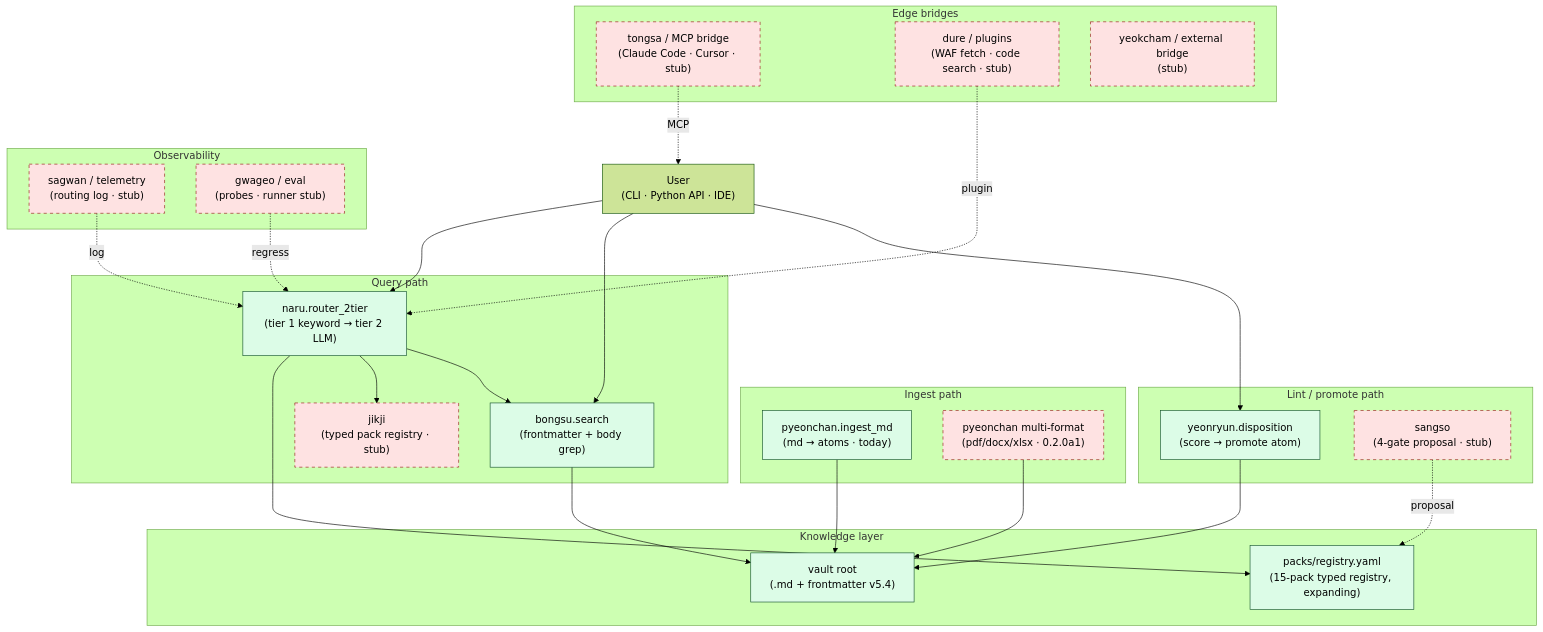
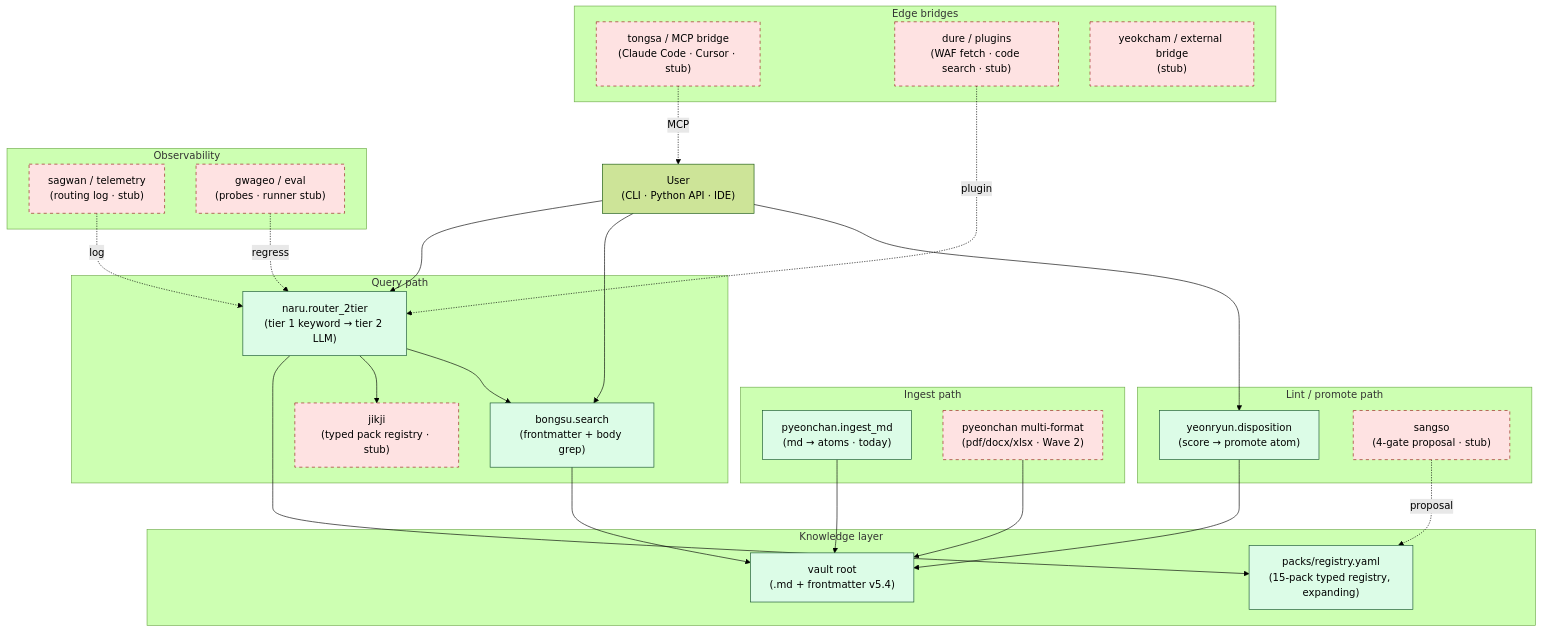
Before and after one commit to sillok-os/sillok: the second of 2 diagrams in README.md, drawn with Mermaid (forest theme). The commit also changed other lines of this file, not shown here.

Commit message:
[docs] README current-version sweep — 0.1.0a5/0.2.0a1 stale refs → 0.2.0a3 + Wave 1 complete (#16)

````diff
--- a/README.md
+++ b/README.md
@@ -84,57 +84,57 @@
 ```mermaid
 flowchart TB
     subgraph CORPUS["Knowledge layer"]
         VAULTROOT["vault root<br/>(.md + frontmatter v5.4)"]
         REGISTRY["packs/registry.yaml<br/>(15-pack typed registry, expanding)"]
     end
 
     subgraph INGEST["Ingest path"]
         PYEON["pyeonchan.ingest_md<br/>(md → atoms · today)"]
-        PYEON_F["pyeonchan multi-format<br/>(pdf/docx/xlsx · 0.2.0a1)"]
+        PYEON_F["pyeonchan multi-format<br/>(pdf/docx/xlsx · Wave 2)"]
     end
 
     subgraph QUERY["Query path"]
         BONGSU["bongsu.search<br/>(frontmatter + body grep)"]
         NARU["naru.router_2tier<br/>(tier 1 keyword → tier 2 LLM)"]
         JIKJI["jikji<br/>(typed pack registry · stub)"]
     end
 
     subgraph LINT["Lint / promote path"]
         YEON["yeonryun.disposition<br/>(score → promote atom)"]
         SANGSO["sangso<br/>(4-gate proposal · stub)"]
     end
 
     subgraph OBS["Observability"]
         SAGWAN["sagwan / telemetry<br/>(routing log · stub)"]
         GWAGEO["gwageo / eval<br/>(probes · runner stub)"]
     end
 
     subgraph BRIDGES["Edge bridges"]
         TONGSA["tongsa / MCP bridge<br/>(Claude Code · Cursor · stub)"]
         DURE["dure / plugins<br/>(WAF fetch · code search · stub)"]
         YEOK["yeokcham / external bridge<br/>(stub)"]
     end
 
     USER["User<br/>(CLI · Python API · IDE)"]
 
     USER --> NARU
     NARU --> REGISTRY
     NARU --> JIKJI
     NARU --> BONGSU
     BONGSU --> VAULTROOT
     USER --> BONGSU
     USER --> YEON
     YEON --> VAULTROOT
     PYEON --> VAULTROOT
     PYEON_F --> VAULTROOT
     SANGSO -.proposal.-> REGISTRY
     SAGWAN -.log.-> NARU
     GWAGEO -.regress.-> NARU
     TONGSA -.MCP.-> USER
     DURE -.plugin.-> NARU
 
     classDef stub fill:#fee2e2,stroke:#991b1b,stroke-dasharray: 5 5
     classDef live fill:#dcfce7,stroke:#14532d
     class BONGSU,NARU,YEON,PYEON,VAULTROOT,REGISTRY live
     class JIKJI,SANGSO,SAGWAN,GWAGEO,TONGSA,DURE,YEOK,PYEON_F stub
 ```
````
